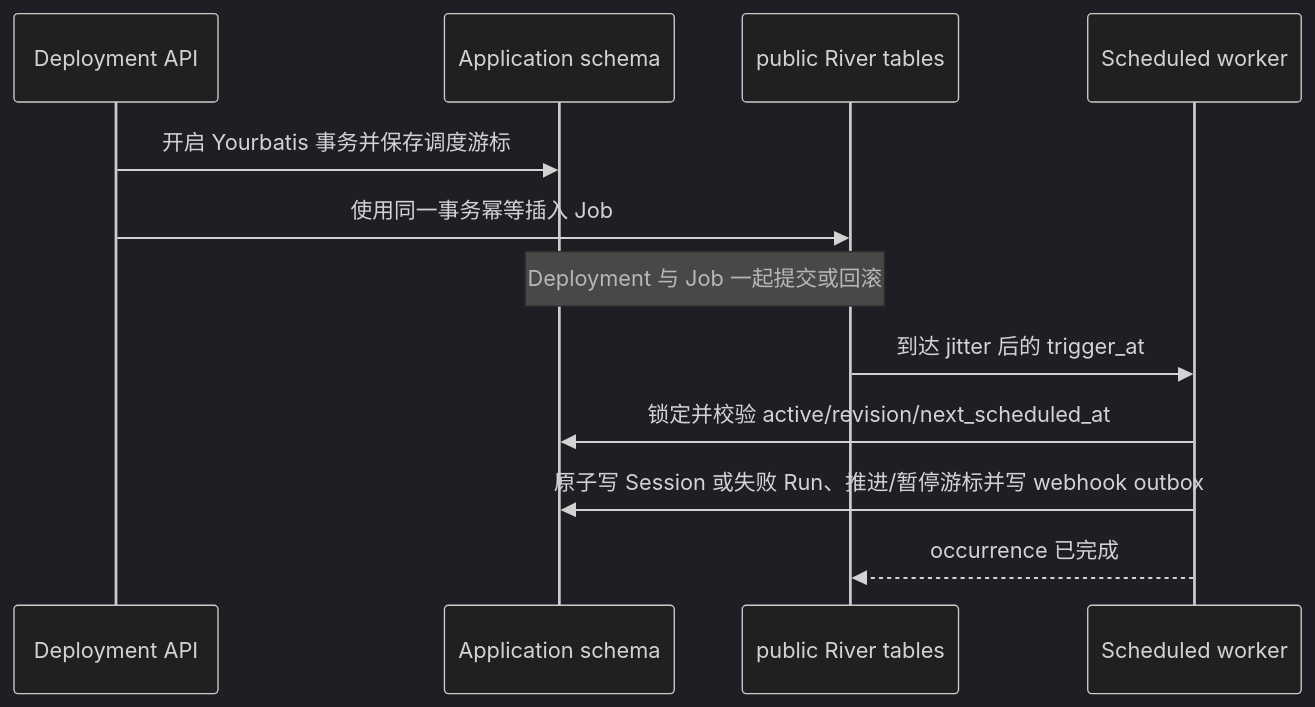
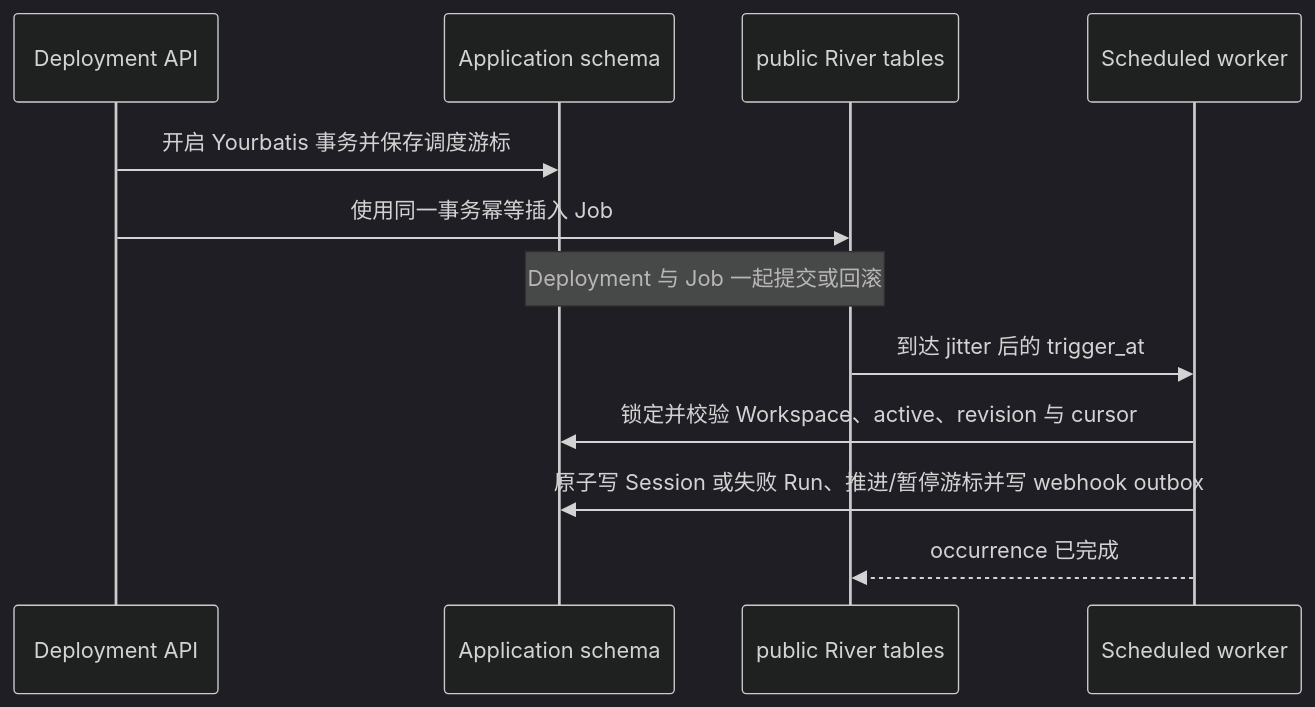
Before and after one commit to superduck-ai/open-managed-agents: the diagram in docs/design/be/deployments-api-contract.md, drawn with Mermaid (dark theme). The commit also changed other lines of this file and 10 other files, not shown here.

````diff
--- a/docs/design/be/deployments-api-contract.md
+++ b/docs/design/be/deployments-api-contract.md
@@ -67,15 +67,15 @@
 ```mermaid
 sequenceDiagram
     participant API as Deployment API
     participant AppDB as Application schema
     participant River as public River tables
     participant Worker as Scheduled worker
 
     API->>AppDB: 开启 Yourbatis 事务并保存调度游标
     API->>River: 使用同一事务幂等插入 Job
     Note over AppDB,River: Deployment 与 Job 一起提交或回滚
     River->>Worker: 到达 jitter 后的 trigger_at
-    Worker->>AppDB: 锁定并校验 active/revision/next_scheduled_at
+    Worker->>AppDB: 锁定并校验 Workspace、active、revision 与 cursor
     Worker->>AppDB: 原子写 Session 或失败 Run、推进/暂停游标并写 webhook outbox
     Worker-->>River: occurrence 已完成
 ```
````
